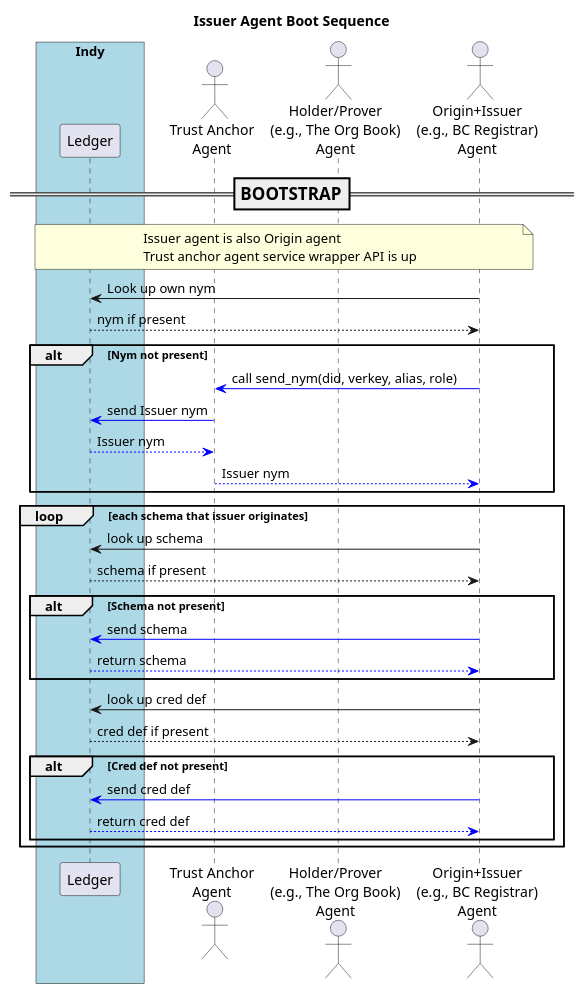
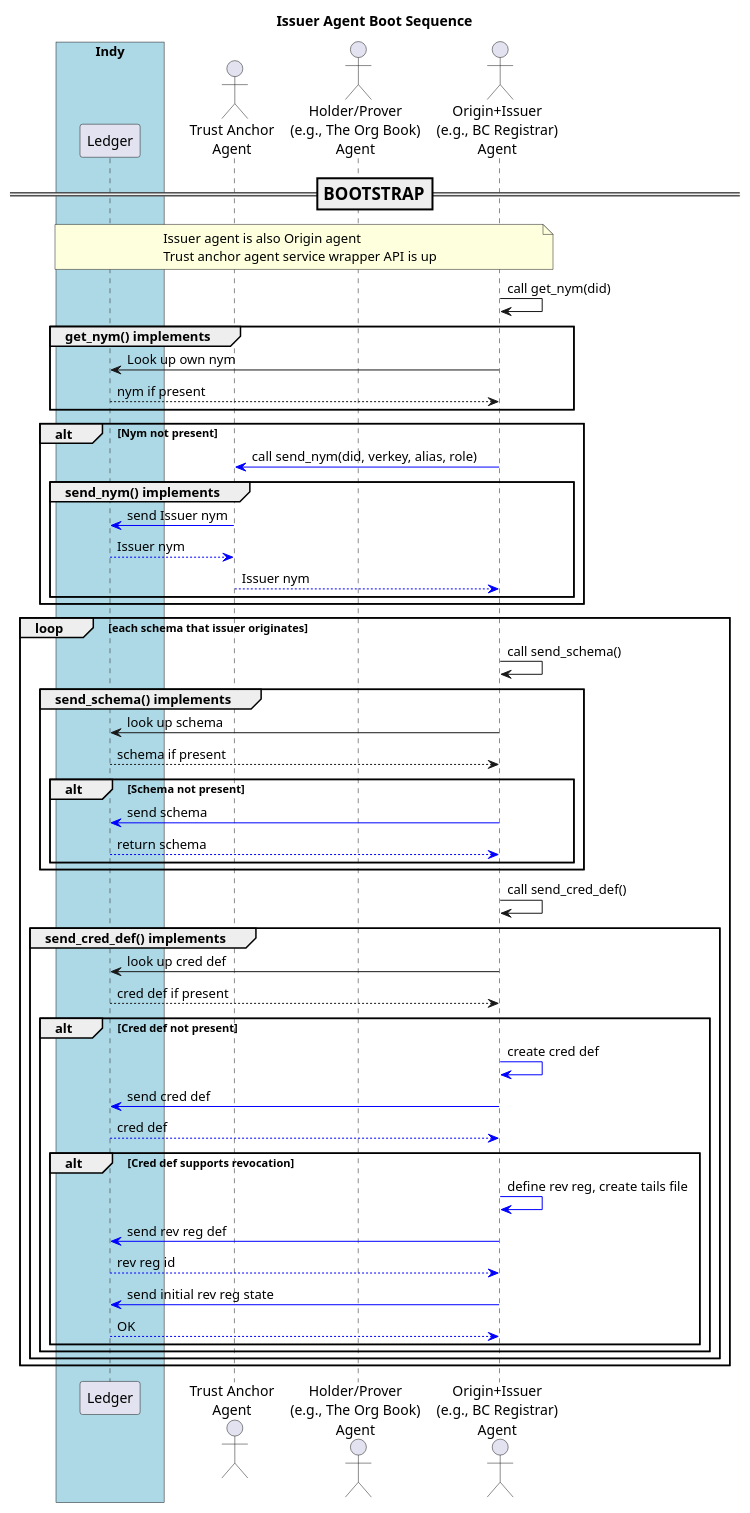
One commit to PSPC-SPAC-buyandsell/von_base changed the diagram in doc/pic/src/boot.origin+issuer.puml. Above: the diagram before and after it, drawn with PlantUML. The commit also changed 25 other files, not shown here.

```diff
--- a/doc/pic/src/boot.origin+issuer.puml
+++ b/doc/pic/src/boot.origin+issuer.puml
@@ -1,61 +1,81 @@
 @startuml
 /'
 Copyright 2017-2018 Government of Canada - Public Services and Procurement Canada - buyandsell.gc.ca
 
 Licensed under the Apache License, Version 2.0 (the "License");
 you may not use this file except in compliance with the License.
 You may obtain a copy of the License at
 
 http://www.apache.org/licenses/LICENSE-2.0
 
 Unless required by applicable law or agreed to in writing, software
 distributed under the License is distributed on an "AS IS" BASIS,
 WITHOUT WARRANTIES OR CONDITIONS OF ANY KIND, either express or implied.
 See the License for the specific language governing permissions and
 limitations under the License.
 '/
 
 skinparam ParticipantPadding 20
 skinparam BaloxPadding 20
 
 title Issuer Agent Boot Sequence
 
 box "Indy" #LightBlue
     participant "Ledger" as ledger
 endbox
 actor "Trust Anchor\nAgent" as tag
 actor "Holder/Prover\n(e.g., The Org Book)\nAgent" as obag
 actor "Origin+Issuer\n(e.g., BC Registrar)\nAgent" as bcrag
 
 === BOOTSTRAP ==
 note over ledger, bcrag
 Issuer agent is also Origin agent
 Trust anchor agent service wrapper API is up
 endnote
 
-bcrag -> ledger: Look up own nym
-ledger --> bcrag: nym if present
+bcrag -> bcrag: call get_nym(did)
+group get_nym() implements
+    bcrag -> ledger: Look up own nym
+    ledger --> bcrag: nym if present
+end
 alt Nym not present
     bcrag -[#blue]> tag: call send_nym(did, verkey, alias, role)
-    tag -[#blue]> ledger: send Issuer nym
-    ledger --[#blue]> tag: Issuer nym
-    tag --[#blue]> bcrag: Issuer nym
+    group send_nym() implements
+        tag -[#blue]> ledger: send Issuer nym
+        ledger --[#blue]> tag: Issuer nym
+        tag --[#blue]> bcrag: Issuer nym
+    end
 end
 
 loop each schema that issuer originates
-    bcrag -> ledger: look up schema
-    ledger --> bcrag: schema if present
-    alt Schema not present
-        bcrag -[#blue]> ledger: send schema
-        ledger --[#blue]> bcrag: return schema
+    bcrag -> bcrag: call send_schema()
+    group send_schema() implements
+        bcrag -> ledger: look up schema
+        ledger --> bcrag: schema if present
+
+        alt Schema not present
+            bcrag -[#blue]> ledger: send schema
+            ledger --[#blue]> bcrag: return schema
+        end
     end
 
-    bcrag -> ledger: look up cred def
-    ledger --> bcrag: cred def if present
-    alt Cred def not present
-        bcrag -[#blue]> ledger: send cred def
-        ledger -[#blue]-> bcrag: return cred def
+    bcrag -> bcrag: call send_cred_def()
+    group send_cred_def() implements
+        bcrag -> ledger: look up cred def
+        ledger --> bcrag: cred def if present
+        alt Cred def not present
+            bcrag -[#blue]> bcrag: create cred def
+            bcrag -[#blue]> ledger: send cred def
+            ledger -[#blue]-> bcrag: cred def
+            alt Cred def supports revocation
+                bcrag -[#blue]> bcrag: define rev reg, create tails file
+                bcrag -[#blue]> ledger: send rev reg def
+                ledger -[#blue]-> bcrag: rev reg id
+                bcrag -[#blue]> ledger: send initial rev reg state
+                ledger -[#blue]-> bcrag: OK
+            end
+        end
     end
 end
 
 @enduml
```
